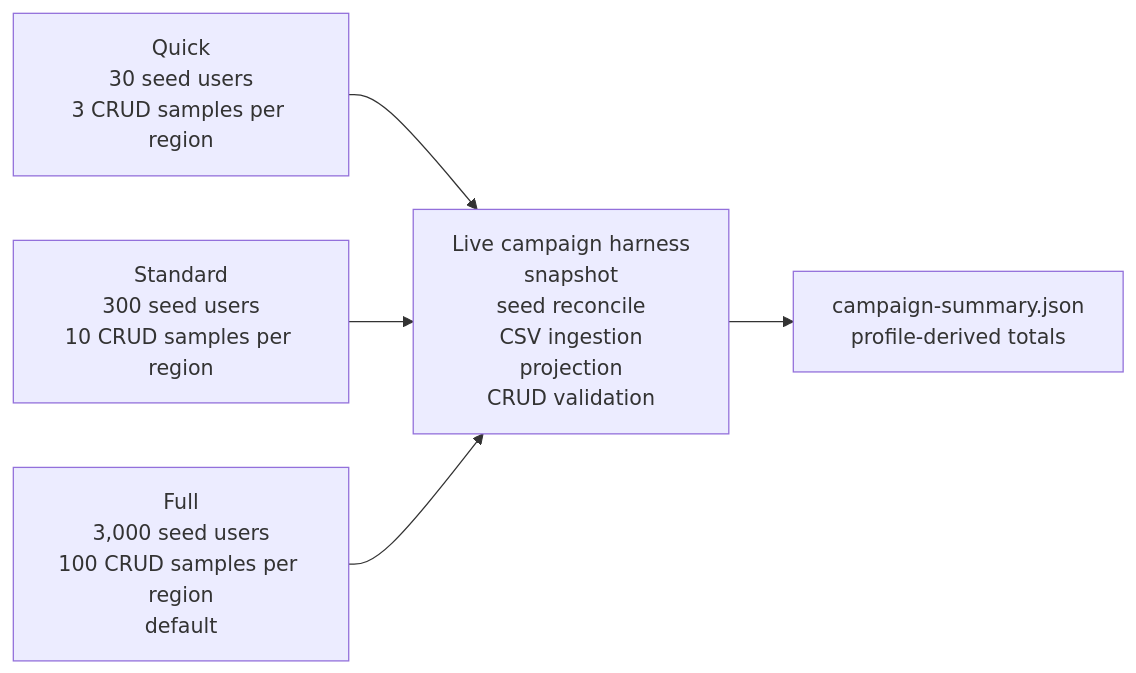
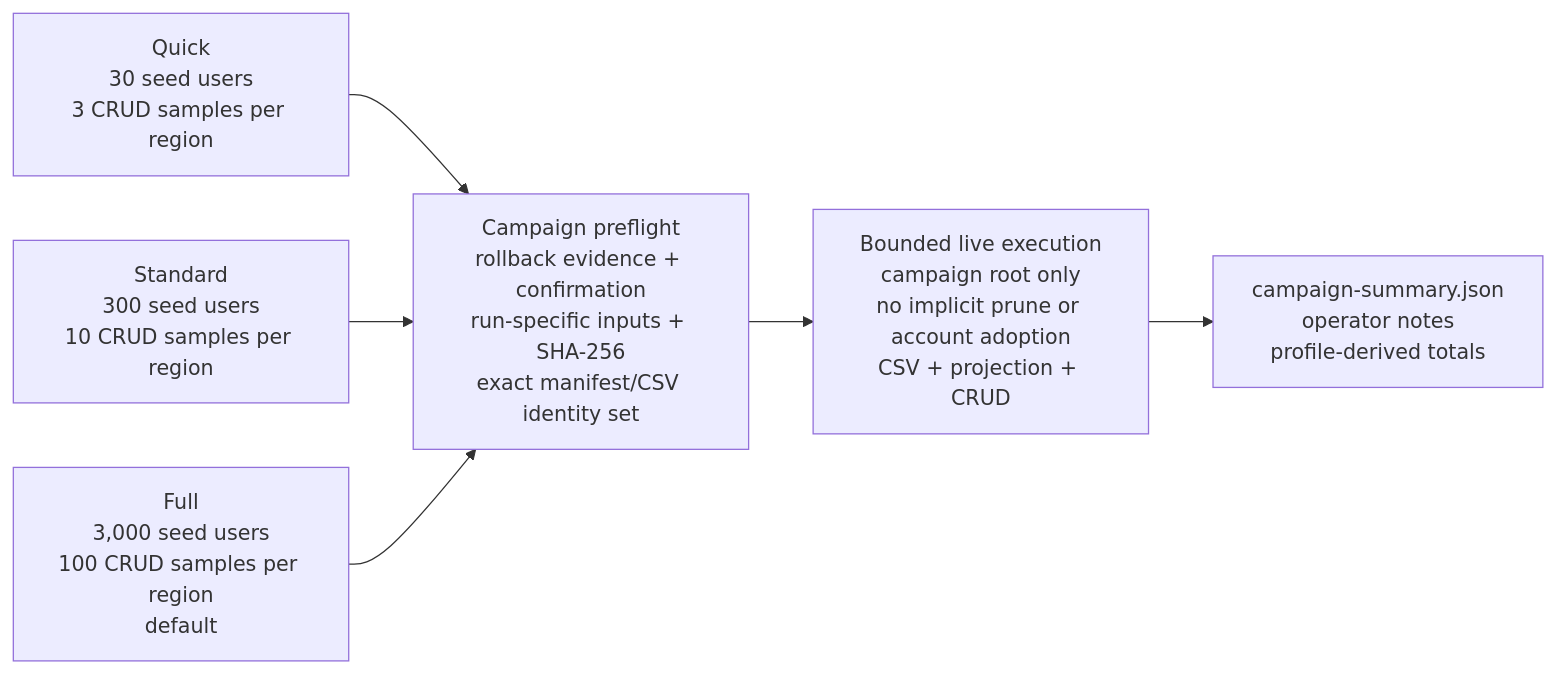
One commit to jonathanweinberg/DrunkenAD changed the diagram in docs/diagrams/live-campaign-profiles.mmd. Above: the diagram before and after it, drawn with Mermaid. The commit also changed 22 other files, not shown here.

```diff
--- a/docs/diagrams/live-campaign-profiles.mmd
+++ b/docs/diagrams/live-campaign-profiles.mmd
@@ -1,11 +1,13 @@
 flowchart LR
     QUICK["Quick<br/>30 seed users<br/>3 CRUD samples per region"]
     STANDARD["Standard<br/>300 seed users<br/>10 CRUD samples per region"]
     FULL["Full<br/>3,000 seed users<br/>100 CRUD samples per region<br/>default"]
-    HARNESS["Live campaign harness<br/>snapshot<br/>seed reconcile<br/>CSV ingestion<br/>projection<br/>CRUD validation"]
-    SUMMARY["campaign-summary.json<br/>profile-derived totals"]
+    PREFLIGHT["Campaign preflight<br/>rollback evidence + confirmation<br/>run-specific inputs + SHA-256<br/>exact manifest/CSV identity set"]
+    HARNESS["Bounded live execution<br/>campaign root only<br/>no implicit prune or account adoption<br/>CSV + projection + CRUD"]
+    SUMMARY["campaign-summary.json<br/>operator notes<br/>profile-derived totals"]
 
-    QUICK --> HARNESS
-    STANDARD --> HARNESS
-    FULL --> HARNESS
+    QUICK --> PREFLIGHT
+    STANDARD --> PREFLIGHT
+    FULL --> PREFLIGHT
+    PREFLIGHT --> HARNESS
     HARNESS --> SUMMARY
```
